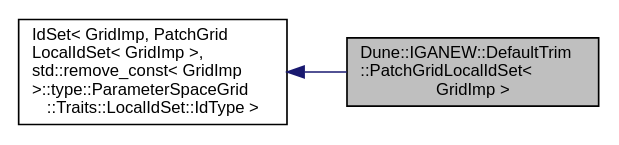
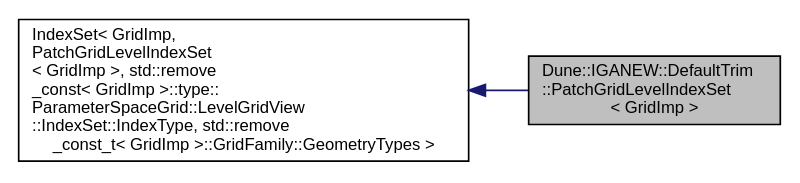
Before and after one commit to rath3t/dune-iga-doc: the diagram in d6/df5/a01503.dot, drawn with Graphviz. The commit also changed 800 other files, not shown here.

```diff
--- a/d6/df5/a01503.dot
+++ b/d6/df5/a01503.dot
@@ -1,10 +1,10 @@
-digraph "Dune::IGANEW::DefaultTrim::PatchGridLocalIdSet&lt; GridImp &gt;"
+digraph "Dune::IGANEW::DefaultTrim::PatchGridLevelIndexSet&lt; GridImp &gt;"
 {
  // LATEX_PDF_SIZE
   edge [fontname="Helvetica",fontsize="10",labelfontname="Helvetica",labelfontsize="10"];
   node [fontname="Helvetica",fontsize="10",shape=record];
   rankdir="LR";
-  Node1 [label="Dune::IGANEW::DefaultTrim\l::PatchGridLocalIdSet\<\l GridImp \>",height=0.2,width=0.4,color="black", fillcolor="grey75", style="filled", fontcolor="black",tooltip=" "];
+  Node1 [label="Dune::IGANEW::DefaultTrim\l::PatchGridLevelIndexSet\l\< GridImp \>",height=0.2,width=0.4,color="black", fillcolor="grey75", style="filled", fontcolor="black",tooltip=" "];
   Node2 -> Node1 [dir="back",color="midnightblue",fontsize="10",style="solid",fontname="Helvetica"];
-  Node2 [label="IdSet\< GridImp, PatchGrid\lLocalIdSet\< GridImp \>,\l std::remove_const\< GridImp\l \>::type::ParameterSpaceGrid\l::Traits::LocalIdSet::IdType \>",height=0.2,width=0.4,color="black", fillcolor="white", style="filled",tooltip=" "];
+  Node2 [label="IndexSet\< GridImp,\l PatchGridLevelIndexSet\l\< GridImp \>, std::remove\l_const\< GridImp \>::type::\lParameterSpaceGrid::LevelGridView\l::IndexSet::IndexType, std::remove\l_const_t\< GridImp \>::GridFamily::GeometryTypes \>",height=0.2,width=0.4,color="black", fillcolor="white", style="filled",tooltip=" "];
 }
```
